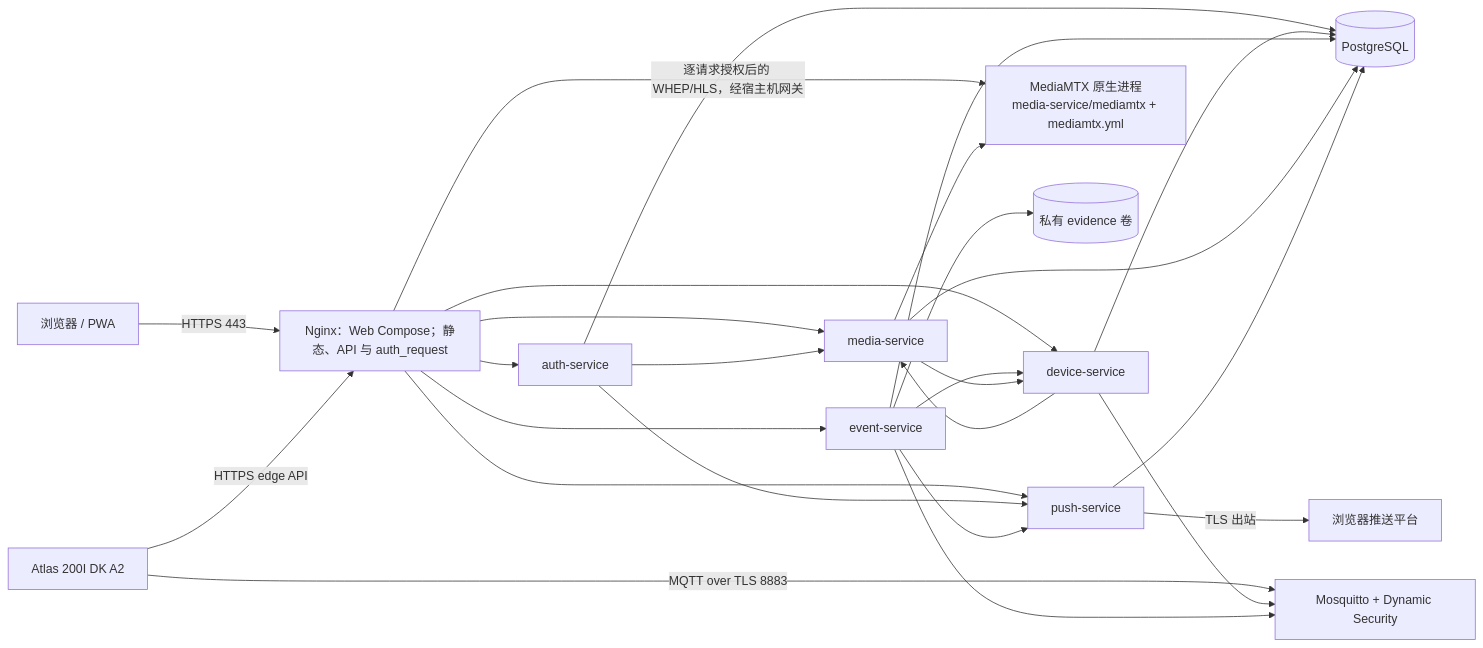
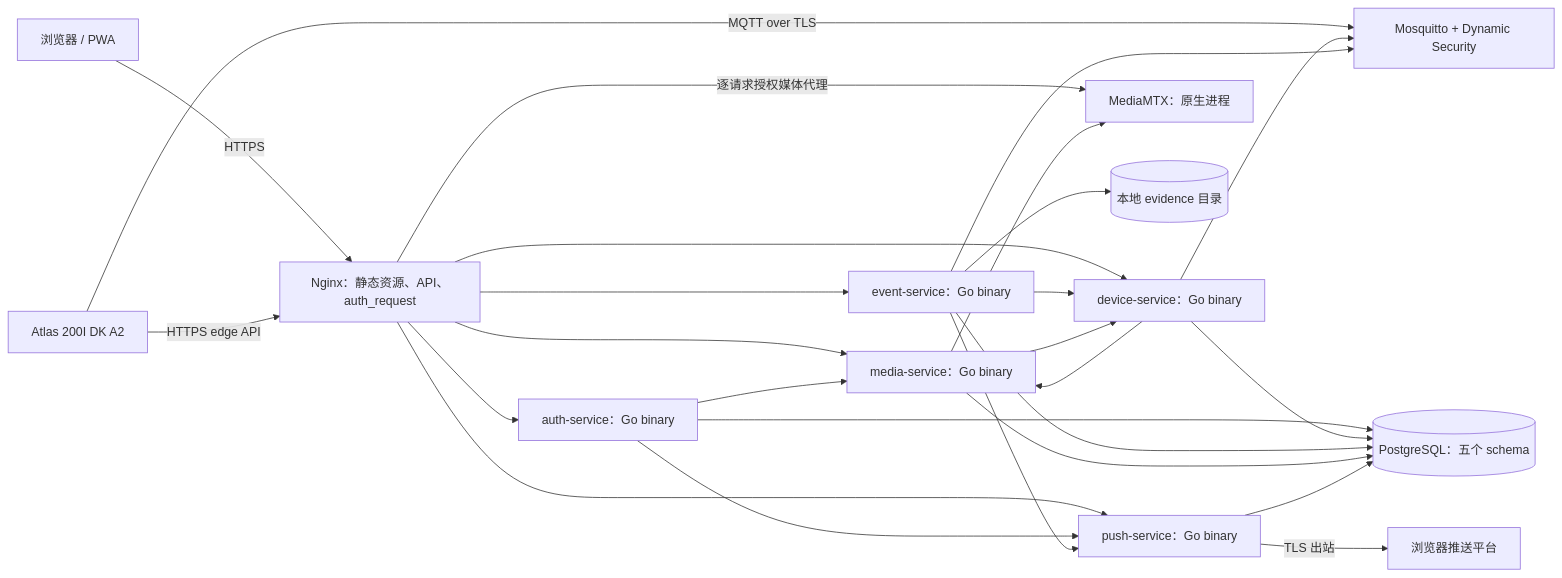
The diagram in project/docs/Specification/platform_deployment/design.md (milo-ally-open/MicroVisSpec), drawn with Mermaid before and after one commit. The commit also changed other lines of this file and 73 other files, not shown here.

````diff
--- a/project/docs/Specification/platform_deployment/design.md
+++ b/project/docs/Specification/platform_deployment/design.md
@@ -15,28 +7,28 @@
 ```mermaid
 flowchart LR
-  Browser[浏览器 / PWA] -->|HTTPS 443| Nginx[Nginx：Web Compose；静态、API 与 auth_request]
+  Browser[浏览器 / PWA] -->|HTTPS| Nginx[Nginx：静态资源、API、auth_request]
   Atlas[Atlas 200I DK A2] -->|HTTPS edge API| Nginx
-  Atlas -->|MQTT over TLS 8883| Broker[Mosquitto + Dynamic Security]
-  Nginx --> Auth[auth-service]
-  Nginx --> Device[device-service]
-  Nginx --> Event[event-service]
-  Nginx --> Media[media-service]
-  Nginx --> Push[push-service]
-  Nginx -->|逐请求授权后的 WHEP/HLS，经宿主机网关| MTX[MediaMTX 原生进程<br/>media-service/mediamtx + mediamtx.yml]
+  Atlas -->|MQTT over TLS| Broker[Mosquitto + Dynamic Security]
+  Nginx --> Auth[auth-service：Go binary]
+  Nginx --> Device[device-service：Go binary]
+  Nginx --> Event[event-service：Go binary]
+  Nginx --> Media[media-service：Go binary]
+  Nginx --> Push[push-service：Go binary]
+  Nginx -->|逐请求授权媒体代理| MTX[MediaMTX：原生进程]
+  Auth --> Media
   Auth --> Push
-  Auth --> Media
   Device --> Broker
   Event --> Broker
   Event --> Device
   Event --> Push
   Device --> Media
   Media --> Device
   Media --> MTX
-  Auth --> DB[(PostgreSQL)]
+  Auth --> DB[(PostgreSQL：五个 schema)]
   Device --> DB
   Event --> DB
   Media --> DB
   Push --> DB
-  Event --> Evidence[(私有 evidence 卷)]
+  Event --> Evidence[(本地 evidence 目录)]
   Push -->|TLS 出站| WebPush[浏览器推送平台]
 ```
````
